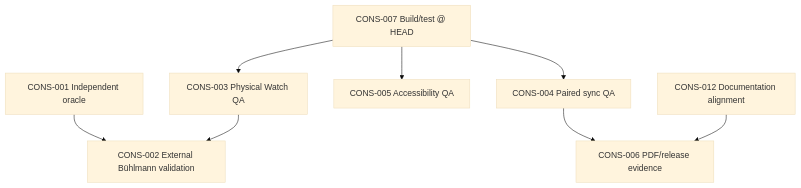
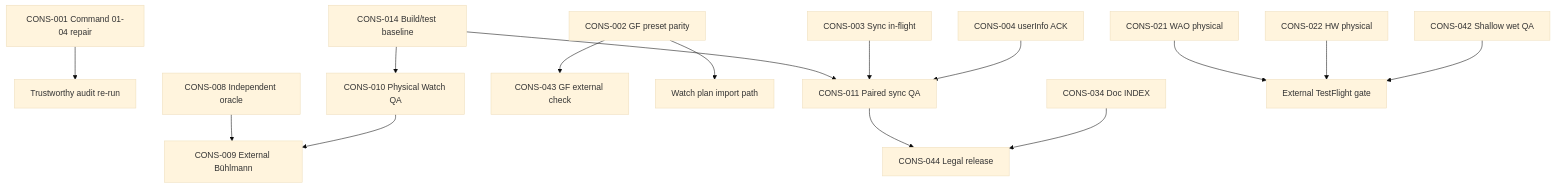
The diagram in Docs/MASTER_FINDING_DEPENDENCY_GRAPH_CURRENT.md (egopfe/DirDiving-App), drawn with Mermaid (base theme) before and after one commit. The commit also changed other lines of this file and 85 other files, not shown here.

First line of the commit message:
Run Super Orchestrator V1.2 full audit sequence at main @ 7dfefe2.

````diff
--- a/Docs/MASTER_FINDING_DEPENDENCY_GRAPH_CURRENT.md
+++ b/Docs/MASTER_FINDING_DEPENDENCY_GRAPH_CURRENT.md
@@ -17,10 +17,17 @@
 ```mermaid
 graph TD
-  CONS007[CONS-007 Build/test @ HEAD] --> CONS003[CONS-003 Physical Watch QA]
-  CONS007 --> CONS004[CONS-004 Paired sync QA]
-  CONS007 --> CONS005[CONS-005 Accessibility QA]
-  CONS001[CONS-001 Independent oracle] --> CONS002[CONS-002 External Bühlmann validation]
-  CONS003 --> CONS002
-  CONS004 --> CONS006[CONS-006 PDF/release evidence]
-  CONS012[CONS-012 Documentation alignment] --> CONS006
+  CONS001[CONS-001 Command 01-04 repair] --> RERUN[Trustworthy audit re-run]
+  CONS014[CONS-014 Build/test baseline] --> PHY[CONS-010 Physical Watch QA]
+  CONS014 --> PAIR[CONS-011 Paired sync QA]
+  CONS002[CONS-002 GF preset parity] --> GFEXT[CONS-043 GF external check]
+  CONS002 --> IMP[Watch plan import path]
+  CONS003[CONS-003 Sync in-flight] --> PAIR
+  CONS004[CONS-004 userInfo ACK] --> PAIR
+  CONS008[CONS-008 Independent oracle] --> EXT[CONS-009 External Bühlmann]
+  PHY --> EXT
+  PAIR --> REL[CONS-044 Legal release]
+  CONS034[CONS-034 Doc INDEX] --> REL
+  CONS021[CONS-021 WAO physical] --> EXTTF[External TestFlight gate]
+  CONS022[CONS-022 HW physical] --> EXTTF
+  CONS042[CONS-042 Shallow wet QA] --> EXTTF
 ```
````
